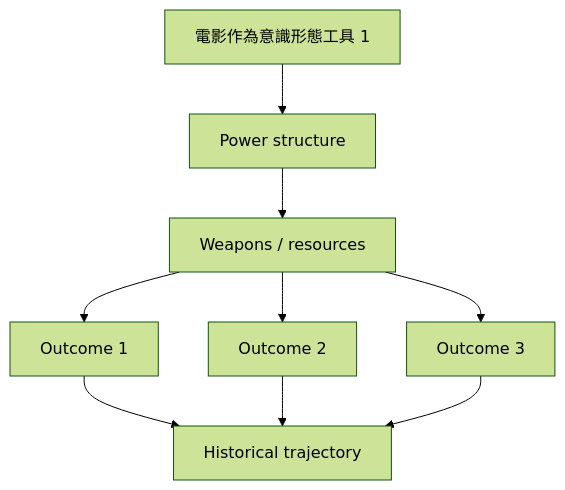
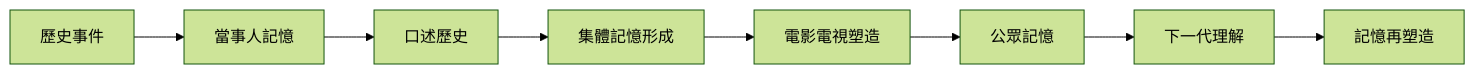
Before and after one commit to yip-lgtm/HKU-Harvard-History-Self-Study: the second of 8 diagrams in 01_HKU_Courses/HIST2031_History_through_Film.md, drawn with Mermaid (forest theme). The commit also changed other lines of this file and 48 other files, not shown here.

````diff
--- a/01_HKU_Courses/HIST2031_History_through_Film.md
+++ b/01_HKU_Courses/HIST2031_History_through_Film.md
@@ -146,11 +168,12 @@
 ```mermaid
-graph TD
-    A[電影作為意識形態工具 1] --> B[Power structure]
-    B --> C[Weapons / resources]
-    C --> D[Outcome 1]
-    C --> E[Outcome 2]
-    C --> F[Outcome 3]
-    D --> G[Historical trajectory]
-    E --> G
-    F --> G
+flowchart LR
+    A[歷史事件] --> B[當事人記憶]
+    B --> C[口述歷史]
+    C --> D[集體記憶形成]
+    
+    D --> E[電影電視塑造]
+    E --> F[公眾記憶]
+    
+    F --> G[下一代理解]
+    G --> H[記憶再塑造]
 ```
````
